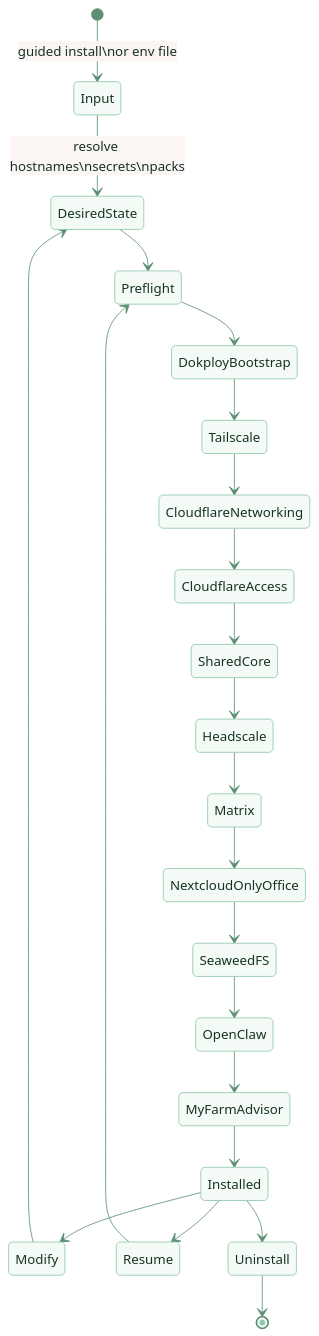
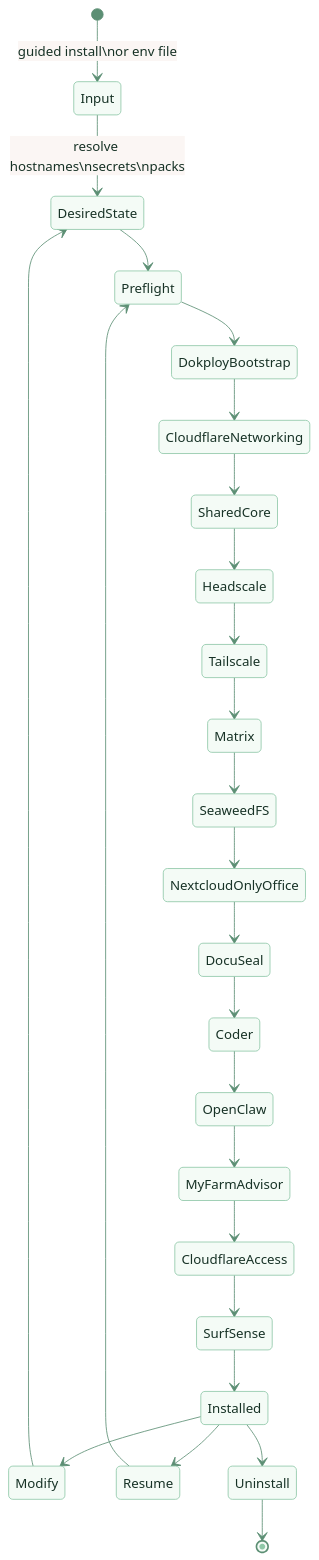
The second of 3 diagrams in README.md (borealBytes/dokploy-wizard), drawn with Mermaid before and after one commit. The commit also changed other lines of this file and 2 other files, not shown here.

Commit message:
docs(env): add surfsense install example

````diff
--- a/README.md
+++ b/README.md
@@ -97,35 +97,38 @@
 ```mermaid
 %%{init: {
   "theme": "base",
   "themeVariables": {
     "primaryColor": "#f4fbf6",
     "primaryTextColor": "#173226",
     "primaryBorderColor": "#8fc8a8",
     "lineColor": "#5c8f74",
     "fontFamily": "Inter, ui-sans-serif, system-ui, sans-serif"
   }
 }}%%
 stateDiagram-v2
     [*] --> Input : guided install\nor env file
     Input --> DesiredState : resolve hostnames\nsecrets\npacks
     DesiredState --> Preflight
     Preflight --> DokployBootstrap
-    DokployBootstrap --> Tailscale
-    Tailscale --> CloudflareNetworking
-    CloudflareNetworking --> CloudflareAccess
-    CloudflareAccess --> SharedCore
+    DokployBootstrap --> CloudflareNetworking
+    CloudflareNetworking --> SharedCore
     SharedCore --> Headscale
-    Headscale --> Matrix
-    Matrix --> NextcloudOnlyOffice
-    NextcloudOnlyOffice --> SeaweedFS
-    SeaweedFS --> OpenClaw
+    Headscale --> Tailscale
+    Tailscale --> Matrix
+    Matrix --> SeaweedFS
+    SeaweedFS --> NextcloudOnlyOffice
+    NextcloudOnlyOffice --> DocuSeal
+    DocuSeal --> Coder
+    Coder --> OpenClaw
     OpenClaw --> MyFarmAdvisor
-    MyFarmAdvisor --> Installed
+    MyFarmAdvisor --> CloudflareAccess
+    CloudflareAccess --> SurfSense
+    SurfSense --> Installed
 
     Installed --> Modify
     Installed --> Resume
     Installed --> Uninstall
     Modify --> DesiredState
     Resume --> Preflight
     Uninstall --> [*]
 ```
````
